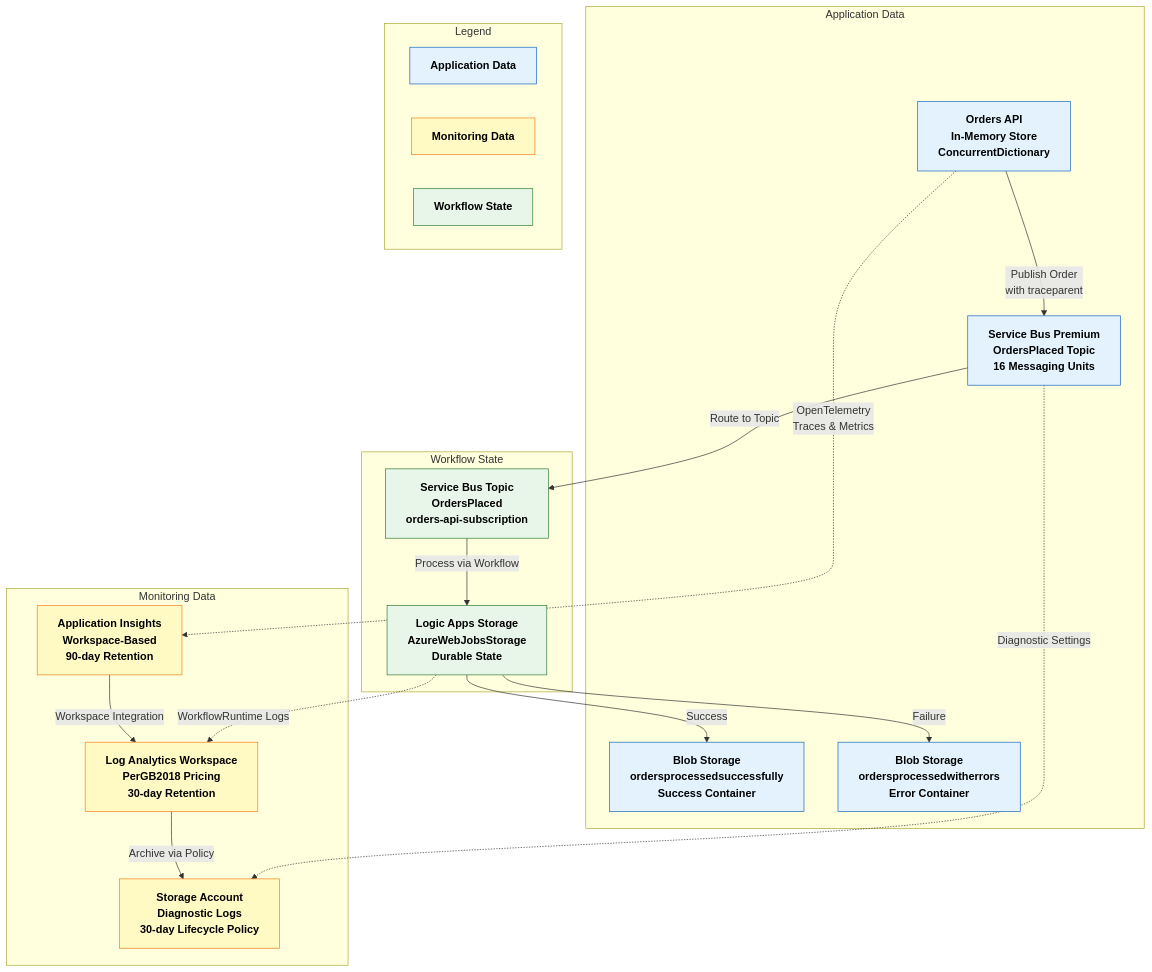
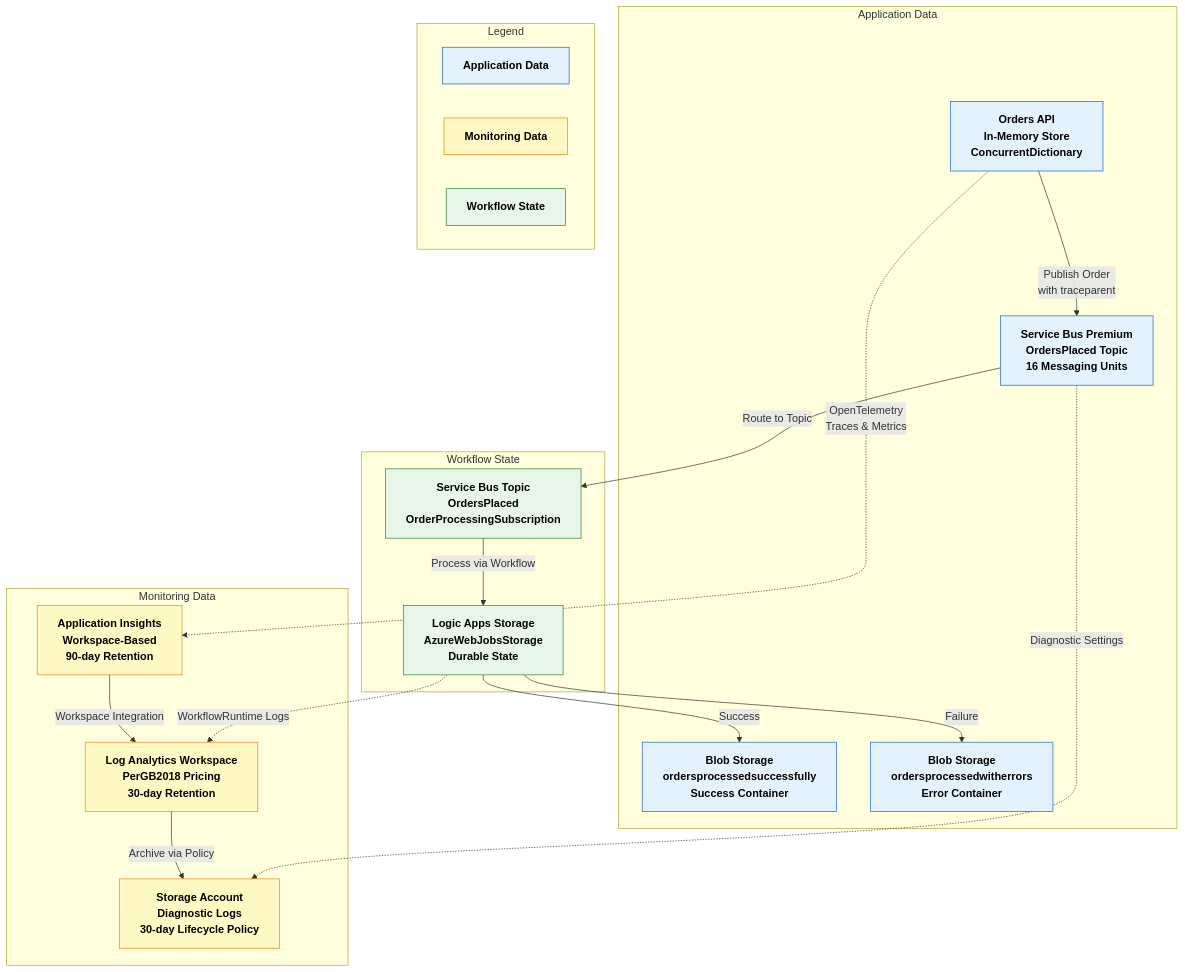
The first of 8 diagrams in README.md (Evilazaro/Azure-LogicApps-Monitoring), drawn with Mermaid before and after one commit. The commit also changed other lines of this file and 5 other files, not shown here.

Commit message:
Refactor Service Bus subscription names to use 'OrderProcessingSubscription' for consistency across configurations

````diff
--- a/README.md
+++ b/README.md
@@ -217,47 +217,47 @@
 ```mermaid
 graph TB
     subgraph "Application Data"
         A1[Orders API<br/>In-Memory Store<br/>ConcurrentDictionary]
         A2[Service Bus Premium<br/>OrdersPlaced Topic<br/>16 Messaging Units]
         A3[Blob Storage<br/>ordersprocessedsuccessfully<br/>Success Container]
         A4[Blob Storage<br/>ordersprocessedwitherrors<br/>Error Container]
     end
 
     subgraph "Monitoring Data"
         M1[Application Insights<br/>Workspace-Based<br/>90-day Retention]
         M2[Log Analytics Workspace<br/>PerGB2018 Pricing<br/>30-day Retention]
         M3[Storage Account<br/>Diagnostic Logs<br/>30-day Lifecycle Policy]
     end
 
     subgraph "Workflow State"
         W1[Logic Apps Storage<br/>AzureWebJobsStorage<br/>Durable State]
-        W2[Service Bus Topic<br/>OrdersPlaced<br/>orders-api-subscription]
+        W2[Service Bus Topic<br/>OrdersPlaced<br/>OrderProcessingSubscription]
     end
 
     A1 -->|Publish Order<br/>with traceparent| A2
     A2 -->|Route to Topic| W2
     W2 -->|Process via Workflow| W1
     W1 -->|Success| A3
     W1 -->|Failure| A4
 
     A1 -.->|OpenTelemetry<br/>Traces & Metrics| M1
     W1 -.->|WorkflowRuntime Logs| M2
     A2 -.->|Diagnostic Settings| M3
     M1 -->|Workspace Integration| M2
     M2 -->|Archive via Policy| M3
 
     classDef data fill:#E3F2FD,stroke:#1565C0,color:#000,font-weight:bold;
     classDef monitoring fill:#FFF9C4,stroke:#F57F17,color:#000,font-weight:bold;
     classDef workflow fill:#E8F5E9,stroke:#2E7D32,color:#000,font-weight:bold;
 
     class A1,A2,A3,A4 data;
     class M1,M2,M3 monitoring;
     class W1,W2 workflow;
     
     %% Legend
     subgraph Legend
         L1[Application Data]:::data
         L2[Monitoring Data]:::monitoring
         L3[Workflow State]:::workflow
     end
 ```
````
